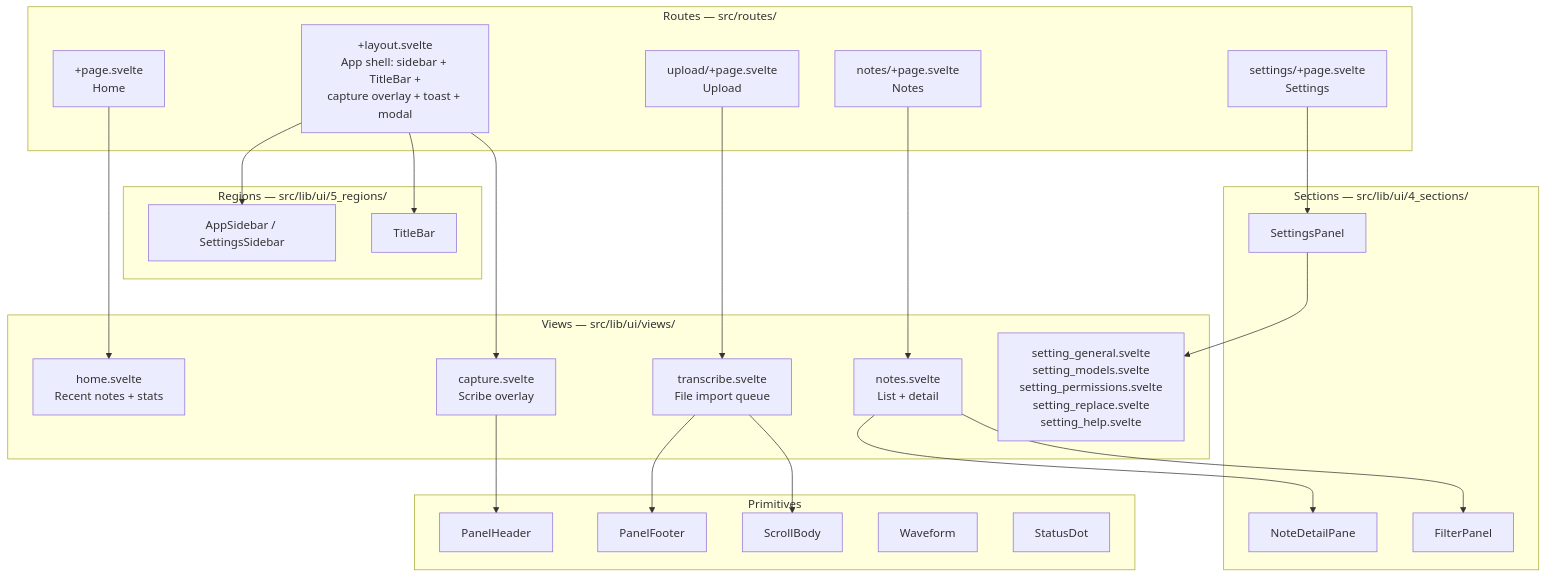
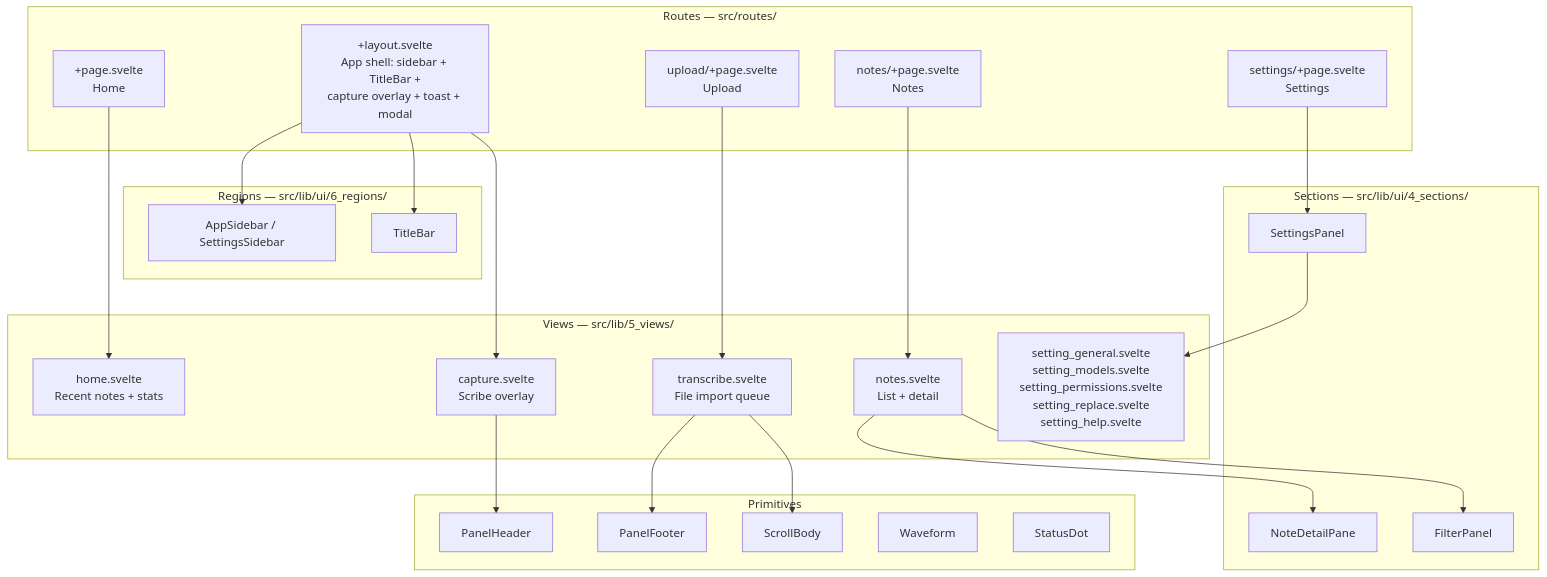
One commit to Lenniott/scribeFloat changed the third of 12 diagrams in docs/architecture.md. Above: the diagram before and after it, drawn with Mermaid. The commit also changed other lines of this file and 40 other files, not shown here.

````diff
--- a/docs/architecture.md
+++ b/docs/architecture.md
@@ -187,51 +187,51 @@
 ```mermaid
 graph TB
     subgraph routes["Routes — src/routes/"]
         layout["+layout.svelte\nApp shell: sidebar + TitleBar +\ncapture overlay + toast + modal"]
         home_r["+page.svelte\nHome"]
         notes_r["notes/+page.svelte\nNotes"]
         upload_r["upload/+page.svelte\nUpload"]
         settings_r["settings/+page.svelte\nSettings"]
     end
 
-    subgraph views["Views — src/lib/ui/views/"]
+    subgraph views["Views — src/lib/5_views/"]
         home_v["home.svelte\nRecent notes + stats"]
         notes_v["notes.svelte\nList + detail"]
         capture_v["capture.svelte\nScribe overlay"]
         transcribe_v["transcribe.svelte\nFile import queue"]
         setting_tabs["setting_general.svelte\nsetting_models.svelte\nsetting_permissions.svelte\nsetting_replace.svelte\nsetting_help.svelte"]
     end
 
-    subgraph regions["Regions — src/lib/ui/5_regions/"]
+    subgraph regions["Regions — src/lib/ui/6_regions/"]
         sidebar["AppSidebar / SettingsSidebar"]
         titlebar["TitleBar"]
     end
 
     subgraph sections["Sections — src/lib/ui/4_sections/"]
         detail_pane["NoteDetailPane"]
         settings_panel["SettingsPanel"]
         filter_panel["FilterPanel"]
     end
 
     subgraph primitives["Primitives"]
         panel_header["PanelHeader"]
         panel_footer["PanelFooter"]
         scroll_body["ScrollBody"]
         waveform["Waveform"]
         status_dot["StatusDot"]
     end
 
     layout --> sidebar
     layout --> titlebar
     layout --> capture_v
     home_r --> home_v
     notes_r --> notes_v
     upload_r --> transcribe_v
     settings_r --> settings_panel
     notes_v --> detail_pane
     notes_v --> filter_panel
     settings_panel --> setting_tabs
     capture_v --> panel_header
     transcribe_v --> scroll_body
     transcribe_v --> panel_footer
 ```
````
